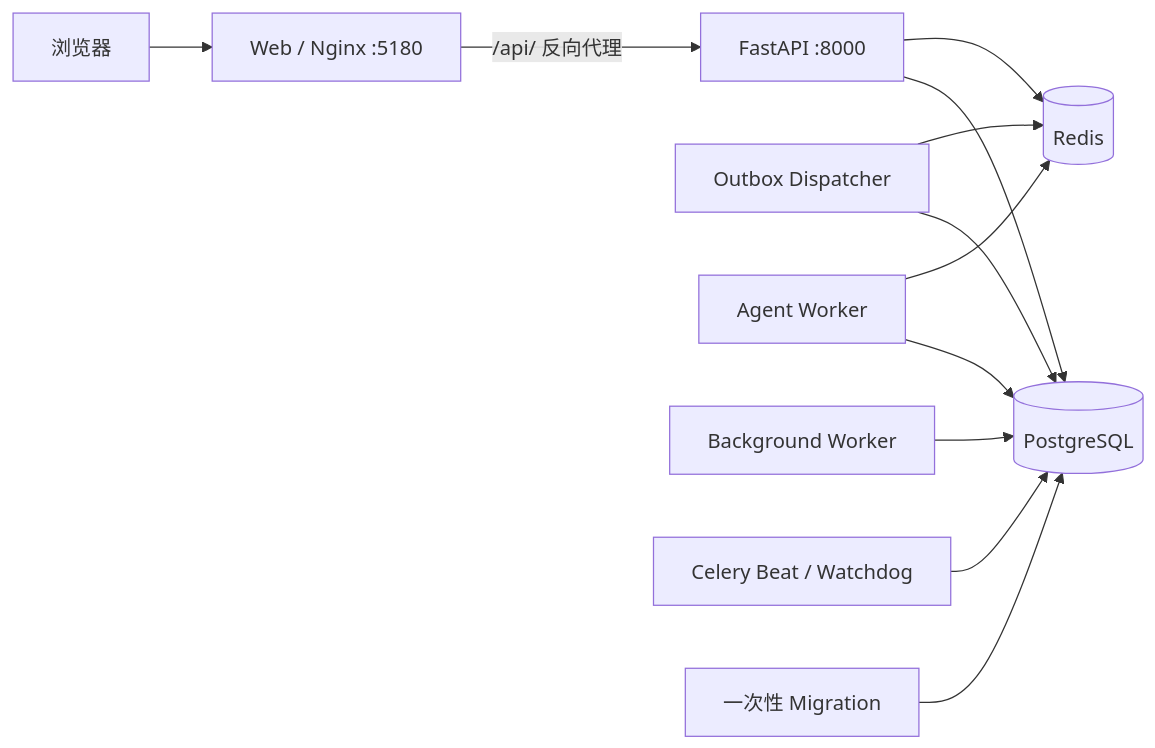
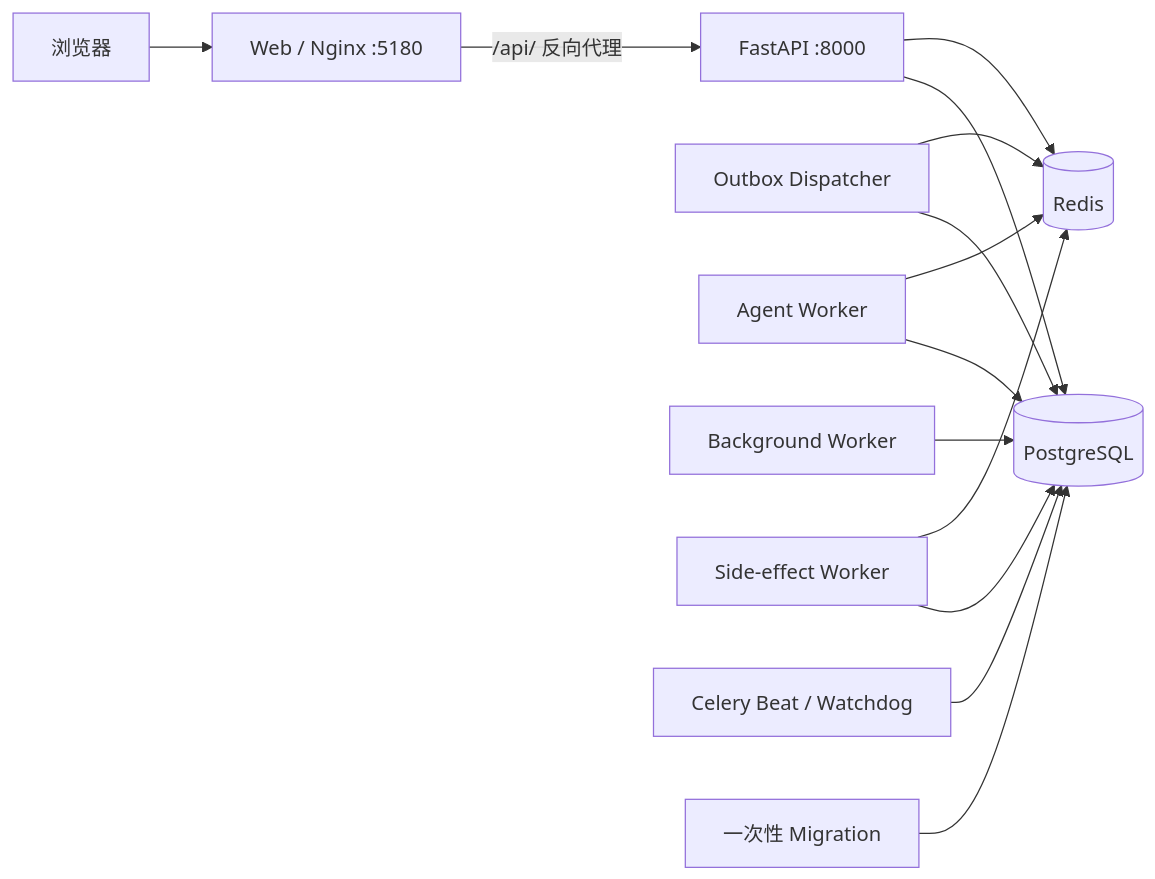
Before and after one commit to whynotsprout-alt/ContentAI: the diagram in docs/ARCHITECTURE.md, drawn with Mermaid. The commit also changed other lines of this file and 20 other files, not shown here.

````diff
--- a/docs/ARCHITECTURE.md
+++ b/docs/ARCHITECTURE.md
@@ -5,14 +5,16 @@
 ```mermaid
 flowchart LR
   Browser["浏览器"] --> Web["Web / Nginx :5180"]
   Web -->|"/api/ 反向代理"| API["FastAPI :8000"]
   API --> PG[("PostgreSQL")]
   API --> Redis[("Redis")]
   Dispatcher["Outbox Dispatcher"] --> PG
   Dispatcher --> Redis
   Agent["Agent Worker"] --> PG
   Agent --> Redis
   Background["Background Worker"] --> PG
+  SideEffect["Side-effect Worker"] --> PG
+  SideEffect --> Redis
   Beat["Celery Beat / Watchdog"] --> PG
   Migration["一次性 Migration"] --> PG
 ```
````
